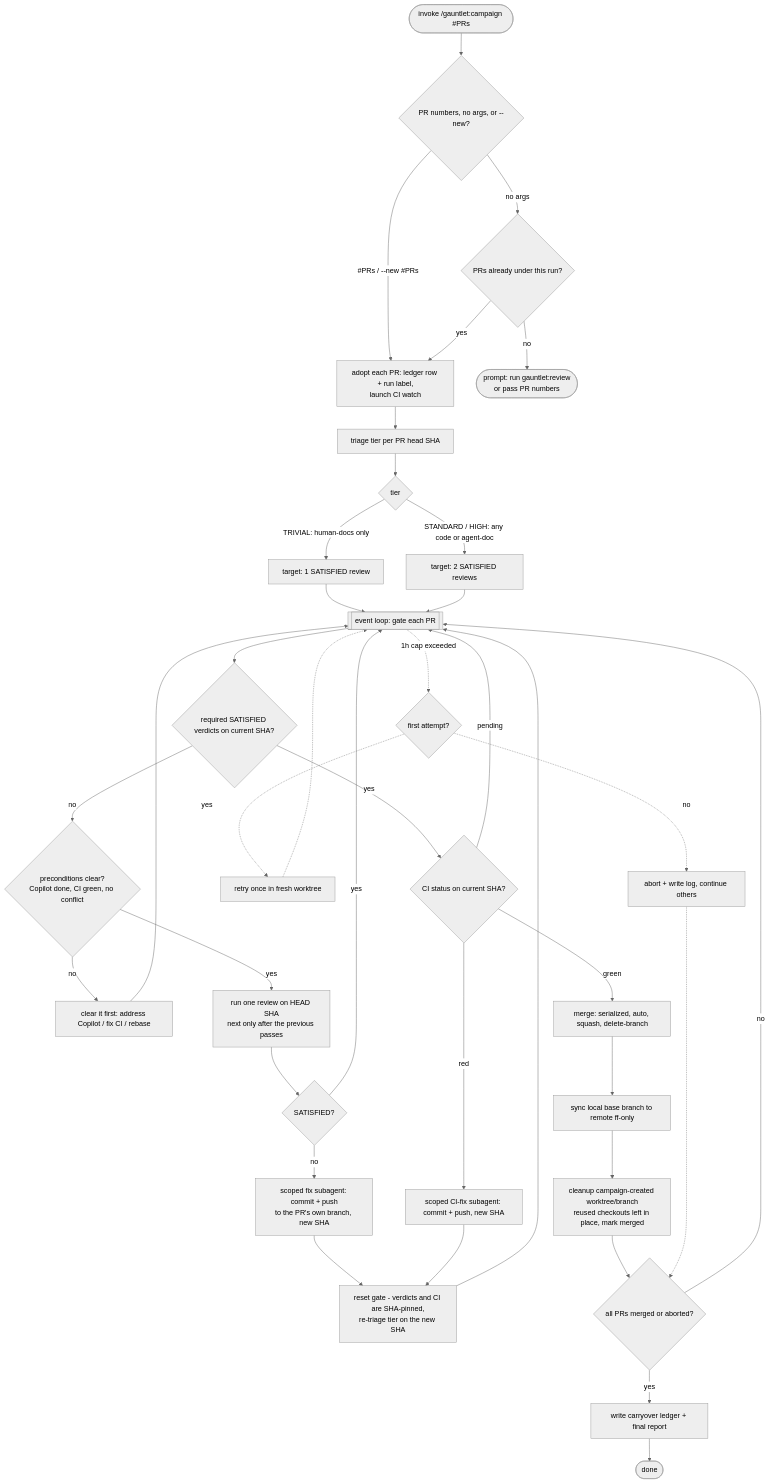
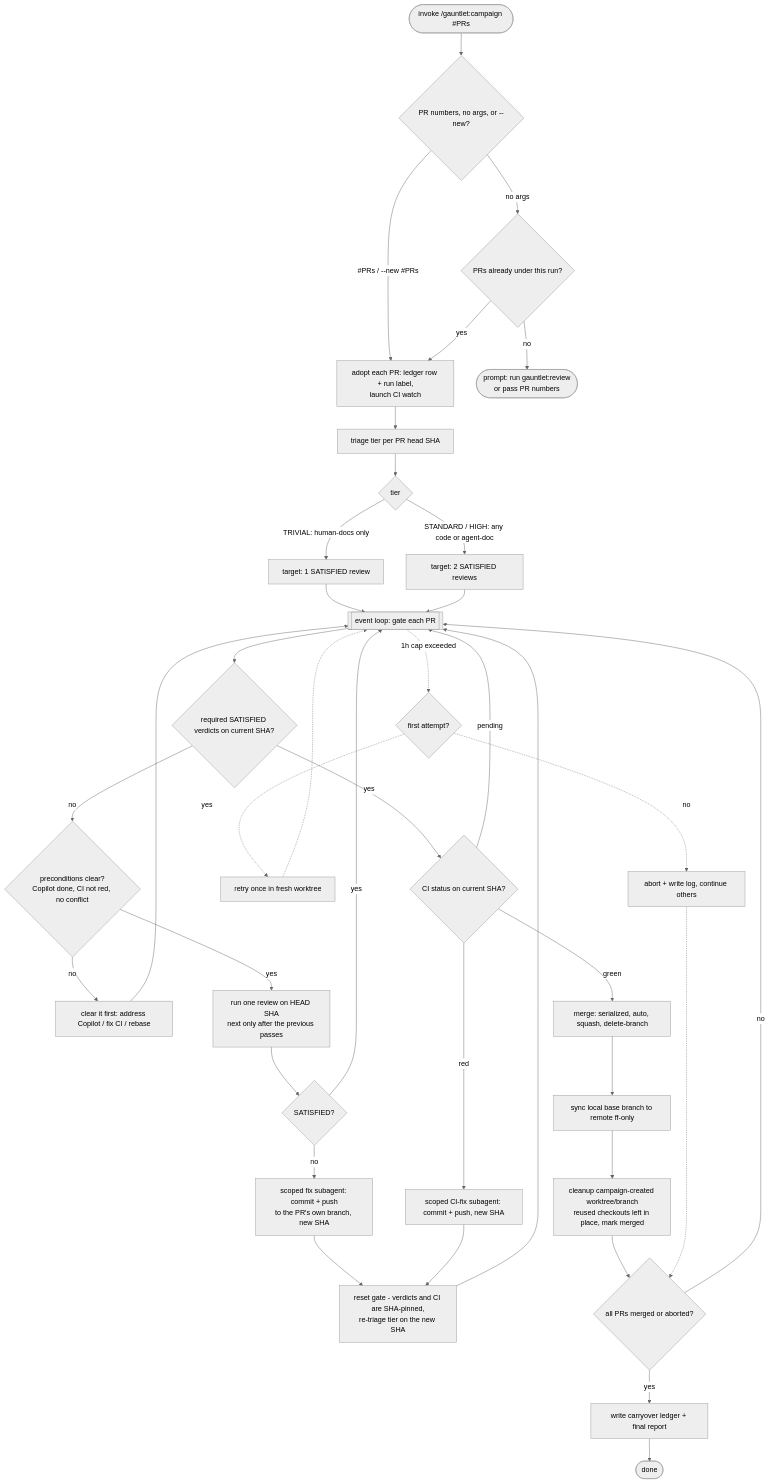
The diagram in plugins/gauntlet/skills/campaign/README.md (lestrrat-ai/claude-code-plugins), drawn with Mermaid (neutral theme) before and after one commit. The commit also changed 3 other files, not shown here.

Commit message:
clarify arg modes, awk match, fetch note, ci-not-red, base resolve

````diff
--- a/plugins/gauntlet/skills/campaign/README.md
+++ b/plugins/gauntlet/skills/campaign/README.md
@@ -105,40 +105,40 @@
 ```mermaid
 flowchart TD
     A(["invoke /gauntlet:campaign #PRs"]) --> B{PR numbers, no args, or --new?}
     B -- "#PRs / --new #PRs" --> C[adopt each PR: ledger row + run label,<br/>launch CI watch]
     B -- "no args" --> D{PRs already under this run?}
     D -- yes --> C
     D -- no --> E([prompt: run gauntlet:review<br/>or pass PR numbers])
     C --> F[triage tier per PR head SHA]
     F --> G{tier}
     G -- "TRIVIAL: human-docs only" --> H[target: 1 SATISFIED review]
     G -- "STANDARD / HIGH: any code or agent-doc" --> I[target: 2 SATISFIED reviews]
     H --> M[[event loop: gate each PR]]
     I --> M
 
     M --> N{required SATISFIED verdicts on current SHA?}
-    N -- no --> PC{preconditions clear?<br/>Copilot done, CI green, no conflict}
+    N -- no --> PC{preconditions clear?<br/>Copilot done, CI not red, no conflict}
     PC -- no --> PCF[clear it first: address Copilot / fix CI / rebase] --> M
     PC -- yes --> O[run one review on HEAD SHA<br/>next only after the previous passes]
     O --> P{SATISFIED?}
     P -- no --> Q[scoped fix subagent: commit + push<br/>to the PR's own branch, new SHA]
     P -- yes --> M
     N -- yes --> R{CI status on current SHA?}
     R -- red --> S[scoped CI-fix subagent: commit + push, new SHA]
     R -- pending --> M
     Q --> T[reset gate - verdicts and CI are SHA-pinned,<br/>re-triage tier on the new SHA]
     S --> T
     T --> M
     R -- green --> U[merge: serialized, auto, squash, delete-branch]
     U --> U2[sync local base branch to remote ff-only]
     U2 --> V[cleanup campaign-created worktree/branch<br/>reused checkouts left in place, mark merged]
     V --> W{all PRs merged or aborted?}
     W -- no --> M
     W -- yes --> X[write carryover ledger + final report] --> X2([done])
 
     M -. 1h cap exceeded .-> Y{first attempt?}
     Y -. yes .-> Z[retry once in fresh worktree]
     Z -.-> M
     Y -. no .-> AA[abort + write log, continue others]
     AA -.-> W
 ```
````
